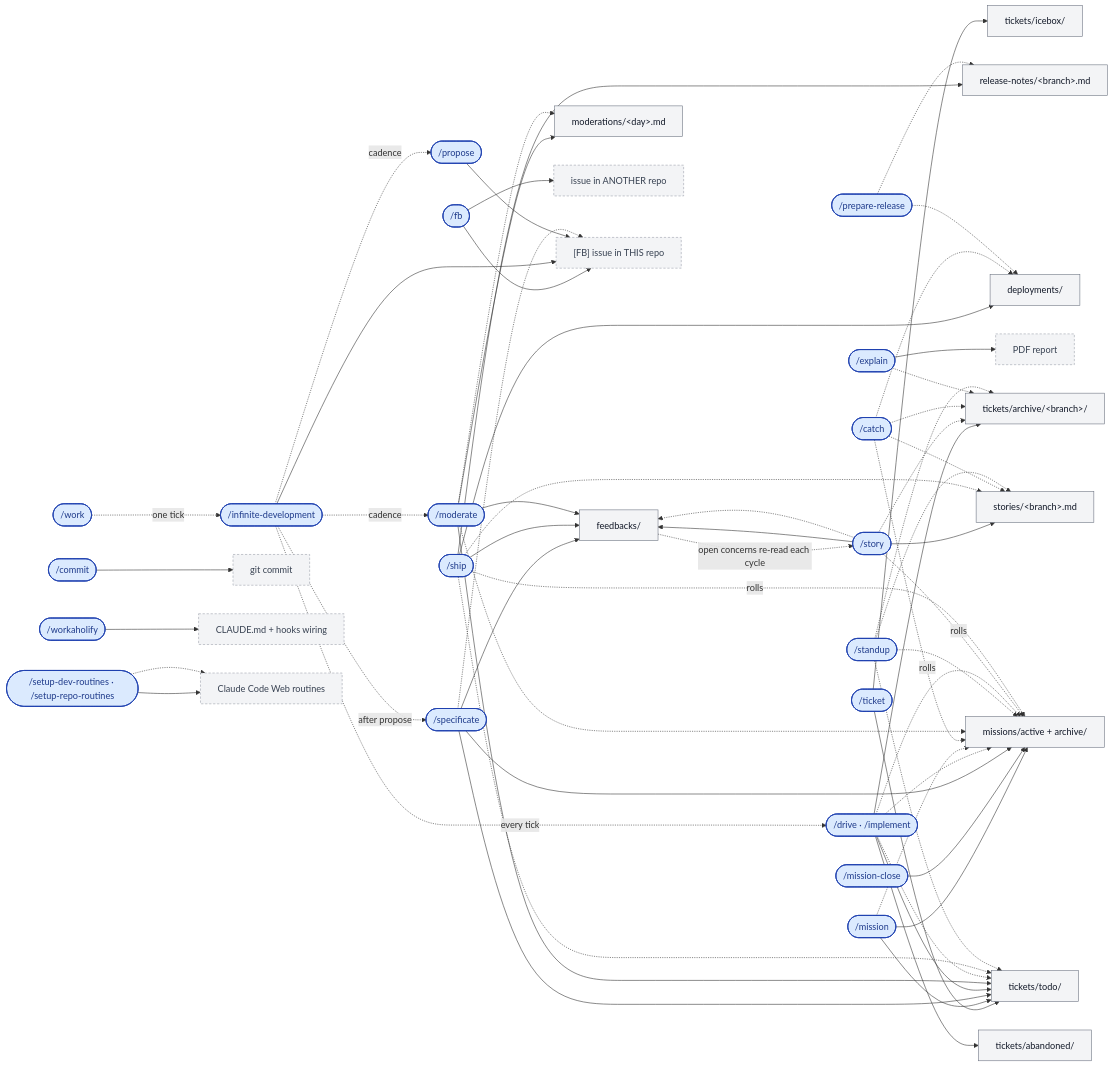
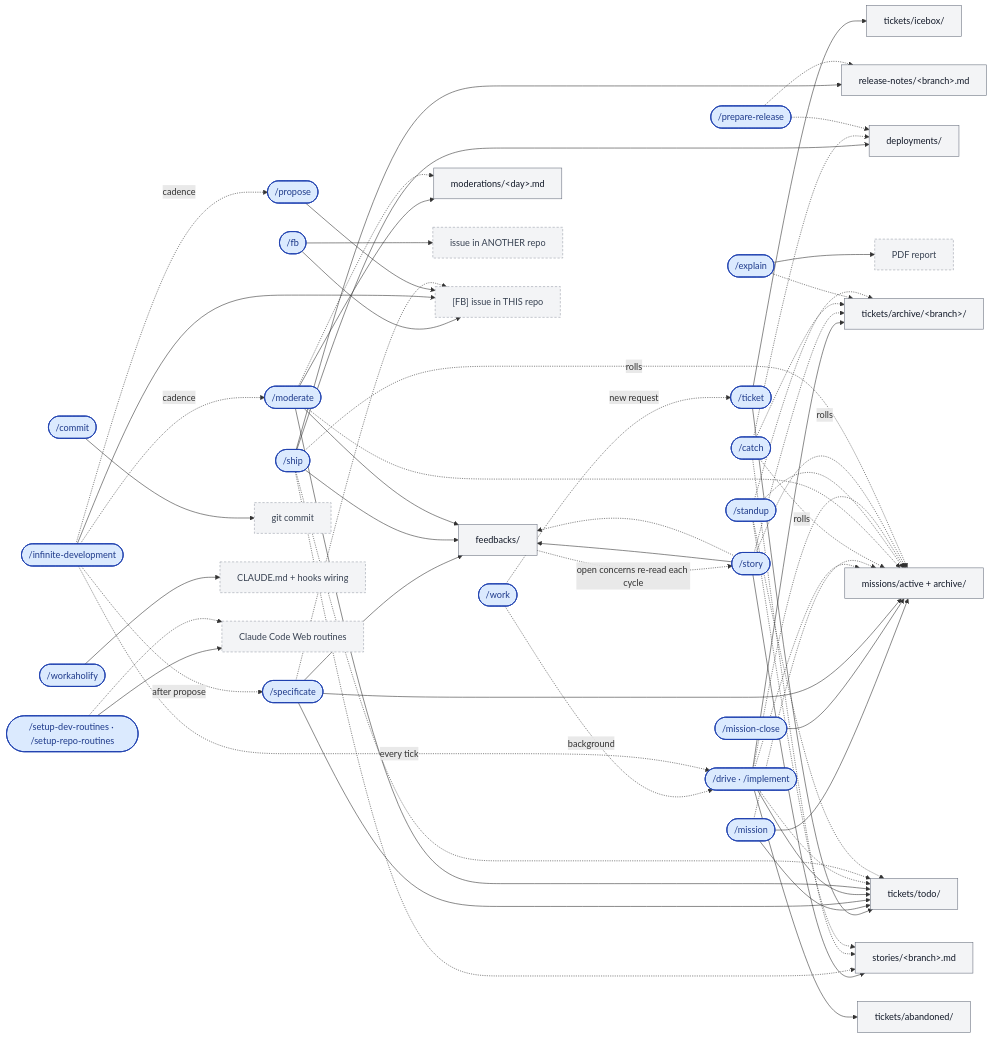
Before and after one commit to qmu/workaholic: the fourth of 5 diagrams in README.md, drawn with Mermaid. The commit also changed other lines of this file and 8 other files, not shown here.

```diff
--- a/README.md
+++ b/README.md
@@ -447,7 +453,8 @@
   standup -.-> STORY
 
   %% ========== orchestration: the explicit command-to-command exception ==========
-  work -. one tick .-> tick
+  work -. new request .-> ticket
+  work -. background .-> drive
   tick -. every tick .-> drive
   tick -. cadence .-> propose
   tick -. after propose .-> specificate
```
